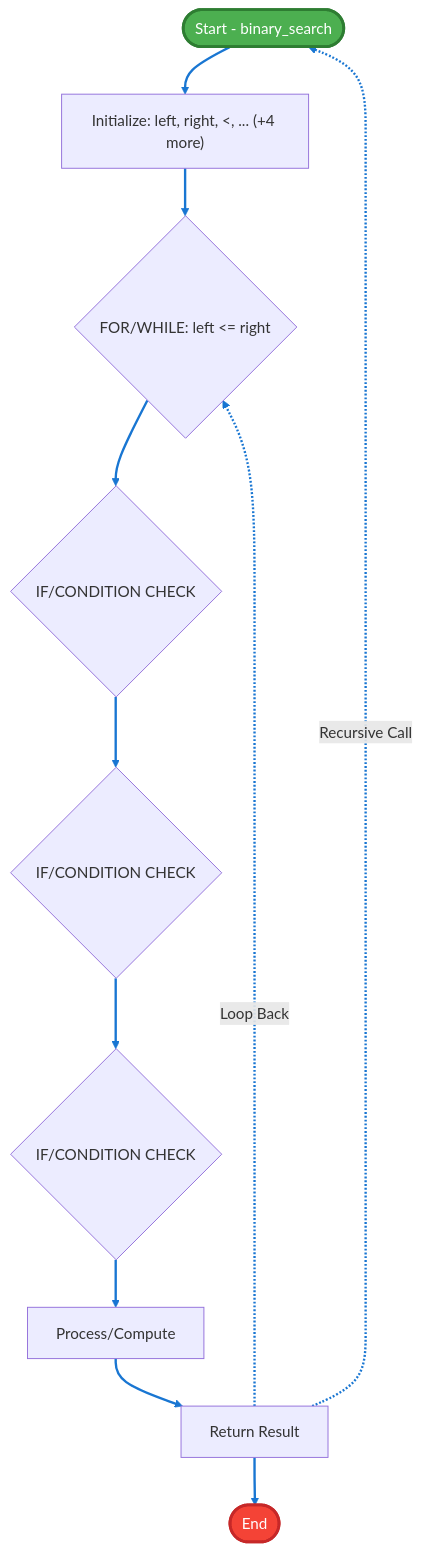
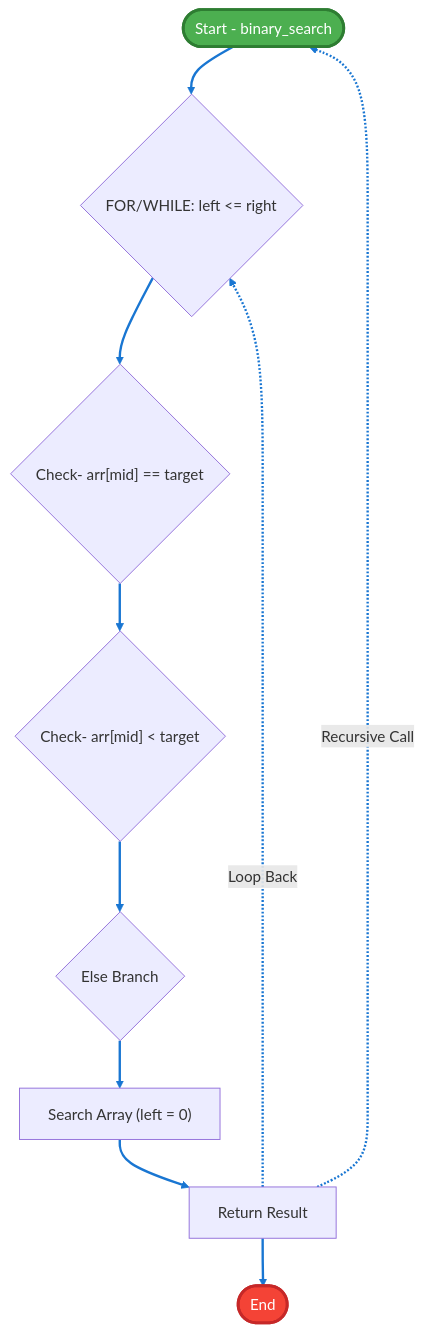
Before and after one commit to ArunMunagala7/langgraph-code-inspector: the diagram in temp/flowchart_7cd08f5d.mmd, drawn with Mermaid. The commit also changed 13 other files, not shown here.

```diff
--- a/temp/flowchart_7cd08f5d.mmd
+++ b/temp/flowchart_7cd08f5d.mmd
@@ -1,24 +1,22 @@
 graph TD
     start([Start - binary_search])
-    init_1["Initialize: left, right, <, ... (+4 more)"]
-    loop_2{"FOR/WHILE: left <= right"}
-    cond_3{"IF/CONDITION CHECK"}
-    cond_4{"IF/CONDITION CHECK"}
-    cond_5{"IF/CONDITION CHECK"}
-    process_6["Process/Compute"]
-    return_7["Return Result"]
-    end_8([End])
-    start --> init_1
-    init_1 --> loop_2
-    loop_2 --> cond_3
+    loop_1{"FOR/WHILE: left <= right"}
+    cond_2{" Check- arr[mid] == target"}
+    cond_3{" Check- arr[mid] < target"}
+    cond_4{" Else Branch"}
+    process_5["Search Array (left = 0)"]
+    return_6["Return Result"]
+    end_7([End])
+    start --> loop_1
+    loop_1 --> cond_2
+    cond_2 --> cond_3
     cond_3 --> cond_4
-    cond_4 --> cond_5
-    cond_5 --> process_6
-    process_6 --> return_7
-    return_7 -.->|Loop Back| loop_2
-    return_7 -.->|Recursive Call| start
-    return_7 --> end_8
+    cond_4 --> process_5
+    process_5 --> return_6
+    return_6 -.->|Loop Back| loop_1
+    return_6 -.->|Recursive Call| start
+    return_6 --> end_7
 
     style start fill:#4CAF50,stroke:#2E7D32,stroke-width:3px,color:#fff
-    style end_8 fill:#F44336,stroke:#C62828,stroke-width:3px,color:#fff
+    style end_7 fill:#F44336,stroke:#C62828,stroke-width:3px,color:#fff
     linkStyle default stroke:#1976D2,stroke-width:2.5px;
```
